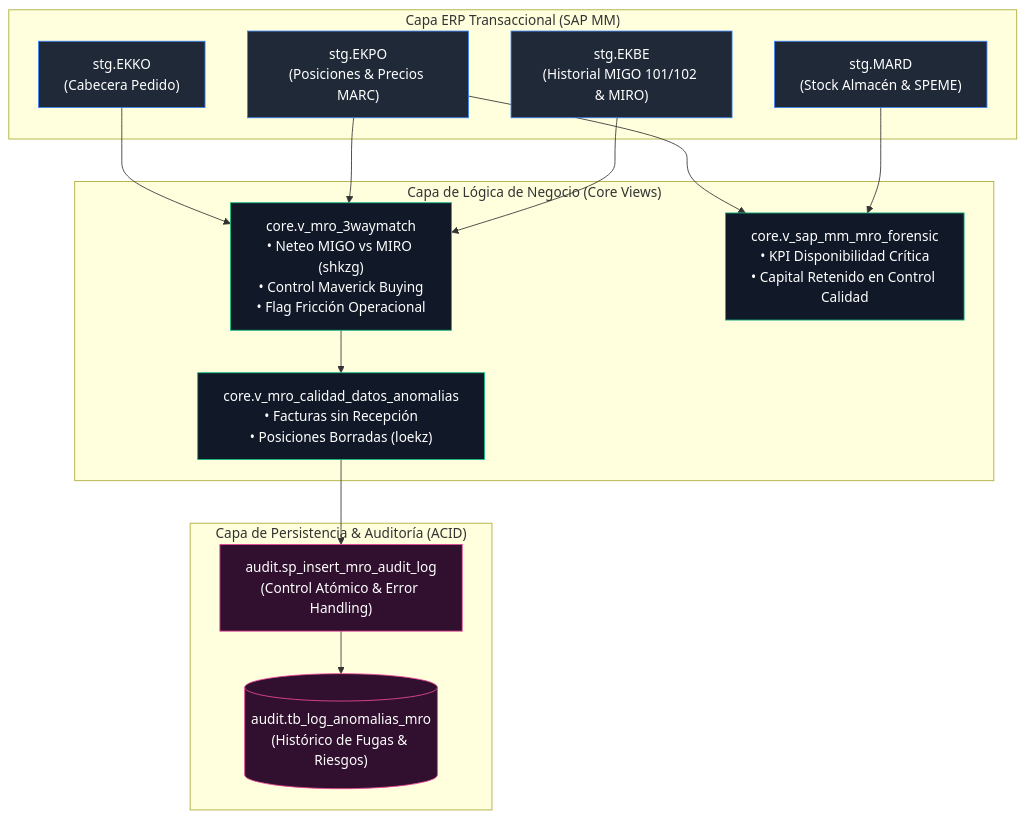
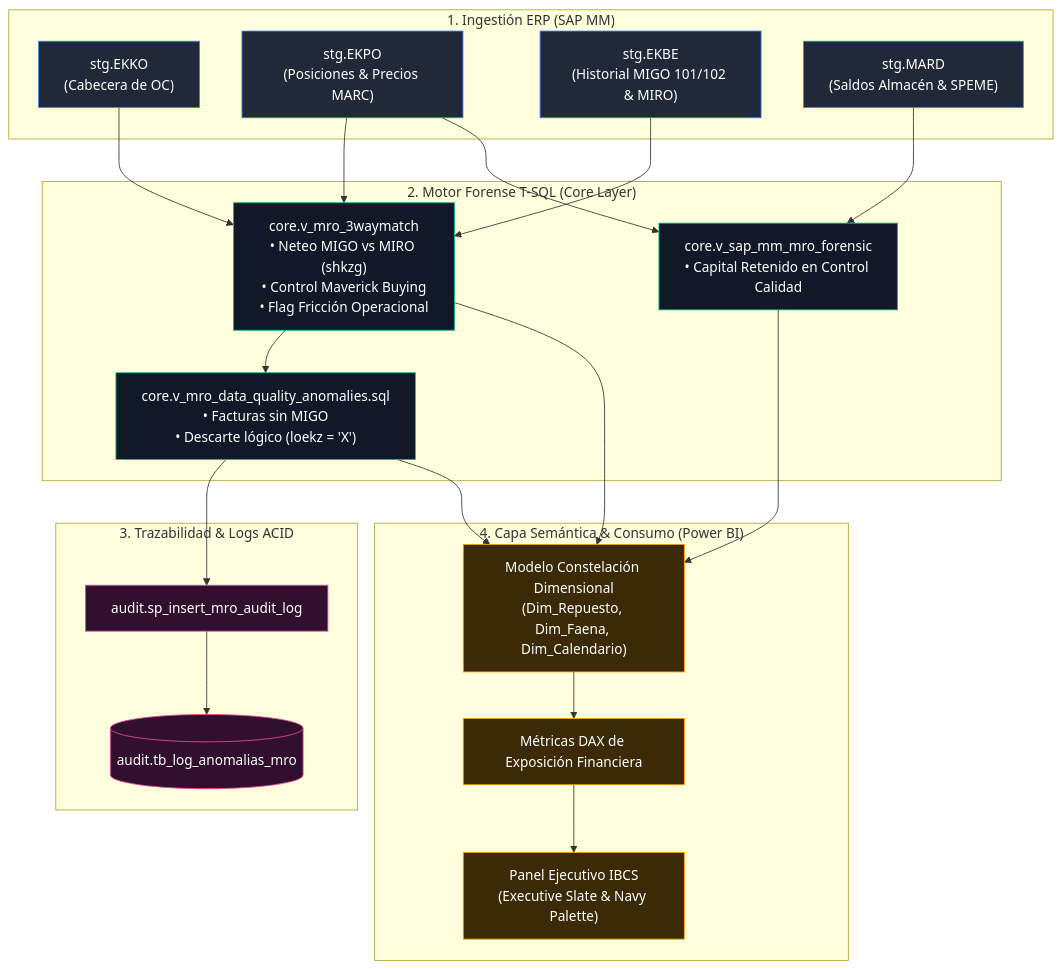
One commit to ObedFermin/MiningMRO_Engine changed the diagram in README.MD. Above: the diagram before and after it, drawn with Mermaid. The commit also changed other lines of this file and 7 other files, not shown here.

Commit message:
feat: complete end-to-end MRO forensic data platform (T-SQL + Power BI IBCS)

````diff
--- a/README.MD
+++ b/README.MD
@@ -57,36 +62,50 @@
 ```mermaid
 graph TD
-    subgraph SAP_ERP ["Capa ERP Transaccional (SAP MM)"]
-        EKKO["stg.EKKO<br/>(Cabecera Pedido)"]
+    subgraph SAP_ERP ["1. Ingestión ERP (SAP MM)"]
+        EKKO["stg.EKKO<br/>(Cabecera de OC)"]
         EKPO["stg.EKPO<br/>(Posiciones & Precios MARC)"]
         EKBE["stg.EKBE<br/>(Historial MIGO 101/102 & MIRO)"]
-        MARD["stg.MARD<br/>(Stock Almacén & SPEME)"]
+        MARD["stg.MARD<br/>(Saldos Almacén & SPEME)"]
     end
 
-    subgraph CORE_LAYER ["Capa de Lógica de Negocio (Core Views)"]
+    subgraph CORE_SQL ["2. Motor Forense T-SQL (Core Layer)"]
         V3WAY["core.v_mro_3waymatch<br/>• Neteo MIGO vs MIRO (shkzg)<br/>• Control Maverick Buying<br/>• Flag Fricción Operacional"]
-        VFORENSIC["core.v_sap_mm_mro_forensic<br/>• KPI Disponibilidad Crítica<br/>• Capital Retenido en Control Calidad"]
-        VANOMALIES["core.v_mro_calidad_datos_anomalias<br/>• Facturas sin Recepción<br/>• Posiciones Borradas (loekz)"]
+        VFORENSIC["core.v_sap_mm_mro_forensic<br/>• Capital Retenido en Control Calidad"]
+        VANOMALIES["core.v_mro_data_quality_anomalies.sql<br/>• Facturas sin MIGO<br/>• Descarte lógico (loekz = 'X')"]
     end
 
-    subgraph AUDIT_LAYER ["Capa de Persistencia & Auditoría (ACID)"]
-        PROC["audit.sp_insert_mro_audit_log<br/>(Control Atómico & Error Handling)"]
-        TABLE_LOG[("audit.tb_log_anomalias_mro<br/>(Histórico de Fugas & Riesgos)")]
+    subgraph AUDIT_LAYER ["3. Trazabilidad & Logs ACID"]
+        PROC["audit.sp_insert_mro_audit_log"]
+        TABLE_LOG[("audit.tb_log_anomalias_mro")]
+    end
+
+    subgraph BI_SEMANTIC ["4. Capa Semántica & Consumo (Power BI)"]
+        MODEL["Modelo Constelación Dimensional<br/>(Dim_Repuesto, Dim_Faena, Dim_Calendario)"]
+        DAX["Métricas DAX de Exposición Financiera"]
+        UI["Panel Ejecutivo IBCS<br/>(Executive Slate & Navy Palette)"]
     end
 
     EKKO --> V3WAY
     EKPO --> V3WAY
     EKBE --> V3WAY
     EKPO --> VFORENSIC
     MARD --> VFORENSIC
     V3WAY --> VANOMALIES
     VANOMALIES --> PROC
     PROC --> TABLE_LOG
 
+    V3WAY --> MODEL
+    VFORENSIC --> MODEL
+    VANOMALIES --> MODEL
+    MODEL --> DAX
+    DAX --> UI
+
     classDef erp fill:#1f2937,stroke:#3b82f6,stroke-width:1px,color:#fff;
     classDef core fill:#111827,stroke:#10b981,stroke-width:1px,color:#fff;
     classDef audit fill:#31102f,stroke:#ec4899,stroke-width:1px,color:#fff;
+    classDef bi fill:#3b2a05,stroke:#f59e0b,stroke-width:1px,color:#fff;
     class EKKO,EKPO,EKBE,MARD erp;
     class V3WAY,VFORENSIC,VANOMALIES core;
     class PROC,TABLE_LOG audit;
+    class MODEL,DAX,UI bi;
 ```
````
